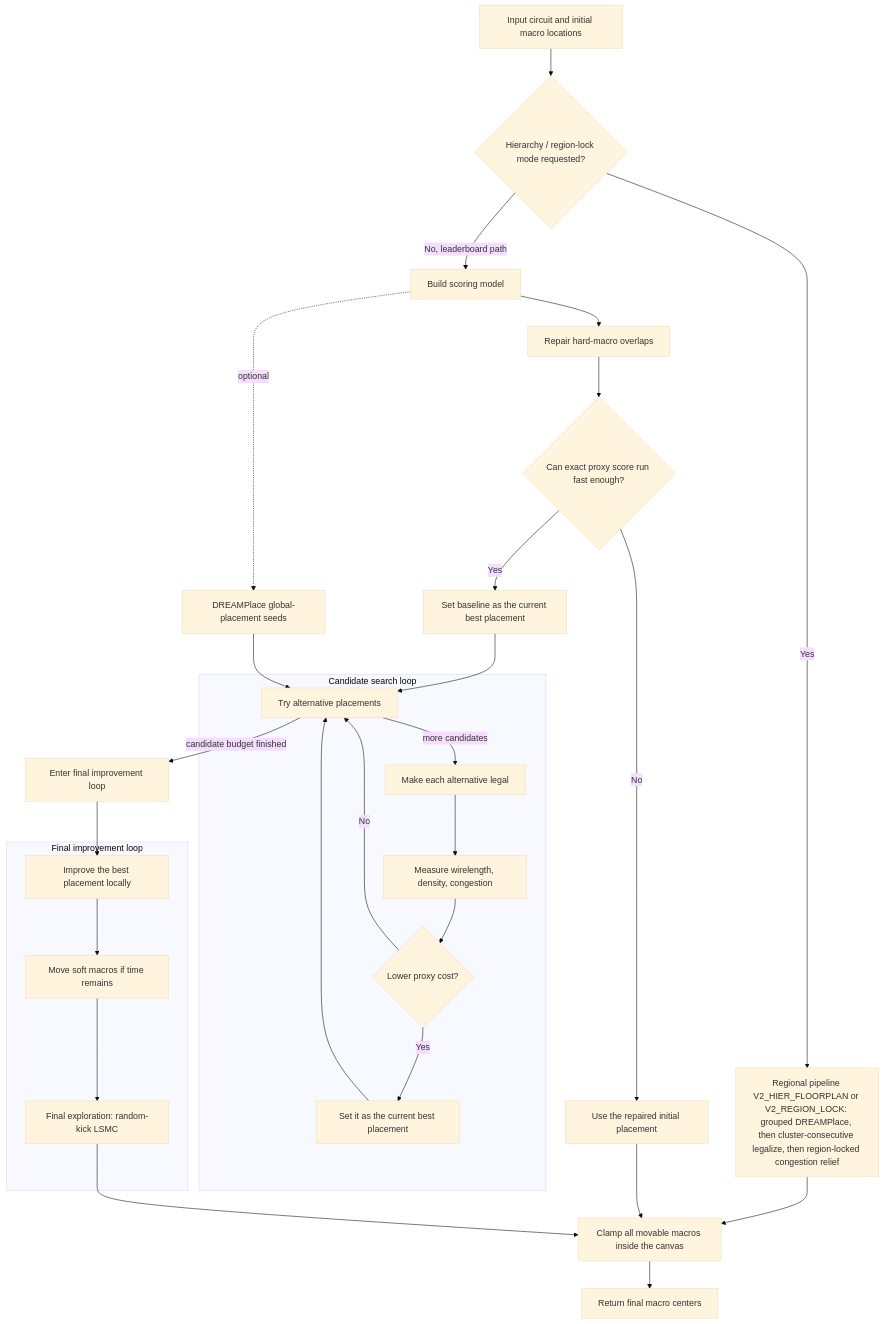
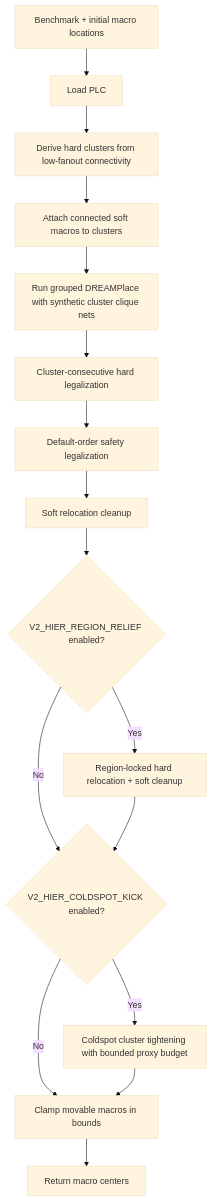
The diagram in docs/general/DESIGN_FLOW.md (SameerSul/leetfm-macro-place-challenge-2026), drawn with Mermaid (base theme) before and after one commit. The commit also changed other lines of this file and 48 other files, not shown here.

````diff
--- a/docs/general/DESIGN_FLOW.md
+++ b/docs/general/DESIGN_FLOW.md
@@ -26,46 +22,18 @@
 ```mermaid
 flowchart TD
-    A[Input circuit and initial macro locations] --> RL{Hierarchy / region-lock mode requested?}
-    RL -->|Yes| HR[Regional pipeline V2_HIER_FLOORPLAN or V2_REGION_LOCK: grouped DREAMPlace, then cluster-consecutive legalize, then region-locked congestion relief]
-    HR --> O
-    RL -->|No, leaderboard path| B[Build scoring model]
-    B --> C[Repair hard-macro overlaps]
-    C --> D{Can exact proxy score run fast enough?}
-    D -->|No| E[Use the repaired initial placement]
-    D -->|Yes| F[Set baseline as the current best placement]
-
-    subgraph S1[Candidate search loop]
-        H[Try alternative placements]
-        I[Make each alternative legal]
-        J[Measure wirelength, density, congestion]
-        K{Lower proxy cost?}
-        U[Set it as the current best placement]
-
-        H -->|more candidates| I
-        I --> J
-        J --> K
-        K -->|Yes| U
-        U --> H
-        K -->|No| H
-    end
-
-    B -. optional .-> G[DREAMPlace global-placement seeds]
-    F --> H
-    G --> H
-
-    H -->|candidate budget finished| X[Enter final improvement loop]
-
-    subgraph S2[Final improvement loop]
-        L[Improve the best placement locally]
-        M[Move soft macros if time remains]
-        N[Final exploration: random-kick LSMC]
-
-        L --> M
-        M --> N
-    end
-
-    X --> L
-    E --> O
-    N --> O[Clamp all movable macros inside the canvas]
-    O --> P[Return final macro centers]
+    A[Benchmark + initial macro locations] --> B[Load PLC]
+    B --> C[Derive hard clusters from low-fanout connectivity]
+    C --> D[Attach connected soft macros to clusters]
+    D --> E[Run grouped DREAMPlace with synthetic cluster clique nets]
+    E --> F[Cluster-consecutive hard legalization]
+    F --> G[Default-order safety legalization]
+    G --> H[Soft relocation cleanup]
+    H --> I{V2_HIER_REGION_RELIEF enabled?}
+    I -->|Yes| J[Region-locked hard relocation + soft cleanup]
+    I -->|No| K
+    J --> K{V2_HIER_COLDSPOT_KICK enabled?}
+    K -->|Yes| L[Coldspot cluster tightening with bounded proxy budget]
+    K -->|No| M[Clamp movable macros in bounds]
+    L --> M
+    M --> N[Return macro centers]
 ```
````
